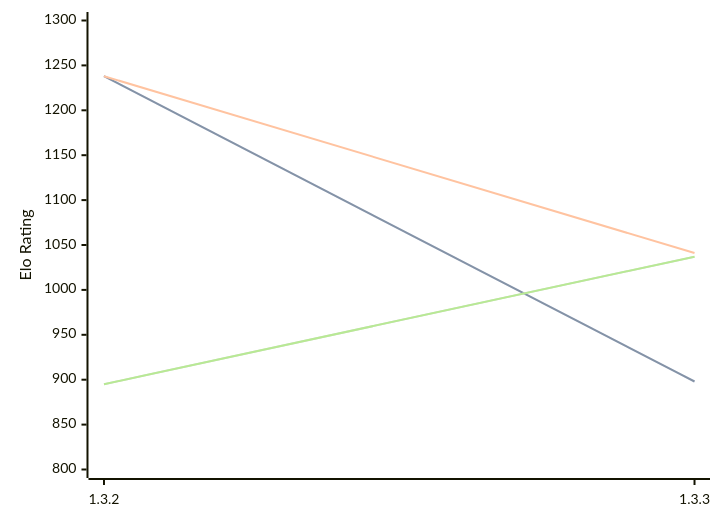
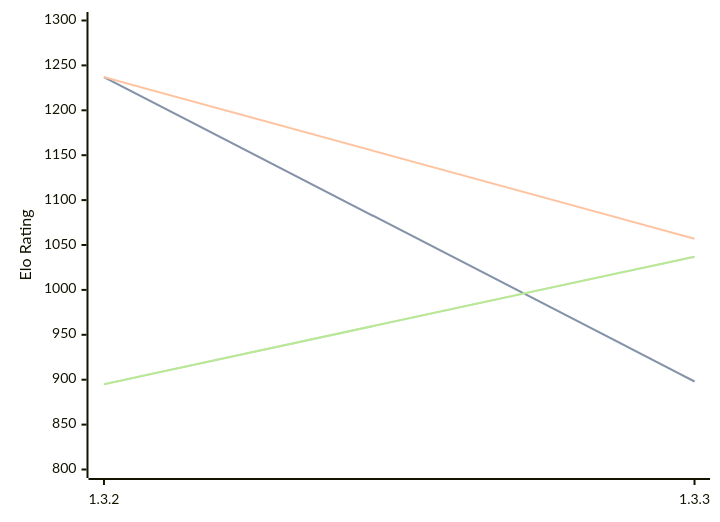
The diagram in engines/Whitespine.md (computer-chess-index/cci), drawn with Mermaid before and after one commit. The commit also changed other lines of this file, not shown here.

Commit message:
Update CCI Ratings (ELO VLTC) - 2026-04-16

````diff
--- a/engines/Whitespine.md
+++ b/engines/Whitespine.md
@@ -35,11 +35,11 @@
 ```mermaid
 %%{init: {"theme":"base","themeVariables":{"seriesColors:['#a3a3a3','#222221','#faa371']}}}%%
 xychart-beta
   x-axis ["1.3.2", "1.3.3"]
   y-axis "Elo Rating" 800 --> 1300
-  line "STC (8.0+0.08s)" [1238, 898]
-  line "STC (8.0+0.08s)" [1238, 898]
-  line "LTC (60.0+0.60s)" [1238, 1041]
+  line "STC (8.0+0.08s)" [1237, 898]
+  line "STC (8.0+0.08s)" [1237, 898]
+  line "LTC (60.0+0.60s)" [1237, 1057]
   line "VLTC (2m24s+1.12s)" [895, 1037]
   line "VLTC (2m24s+1.12s)" [895, 1037]
 ```
````
